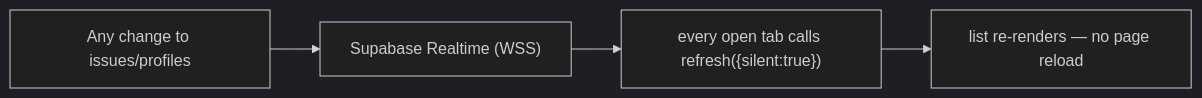
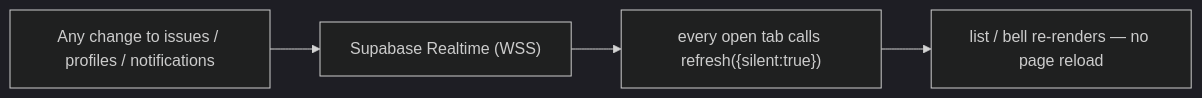
Before and after one commit to rawrmeo/issue-tracker: diagram 16 of 22 in HANDOVER.md, drawn with Mermaid (dark theme). The commit also changed other lines of this file and 5 other files, not shown here.

````diff
--- a/HANDOVER.md
+++ b/HANDOVER.md
@@ -424,6 +534,6 @@
 ```mermaid
 flowchart LR
-  T["Any change to issues/profiles"] --> RT["Supabase Realtime (WSS)"]
+  T["Any change to issues / profiles / notifications"] --> RT["Supabase Realtime (WSS)"]
   RT --> P["every open tab calls refresh({silent:true})"]
-  P --> R["list re-renders — no page reload"]
+  P --> R["list / bell re-renders — no page reload"]
 ```
````
